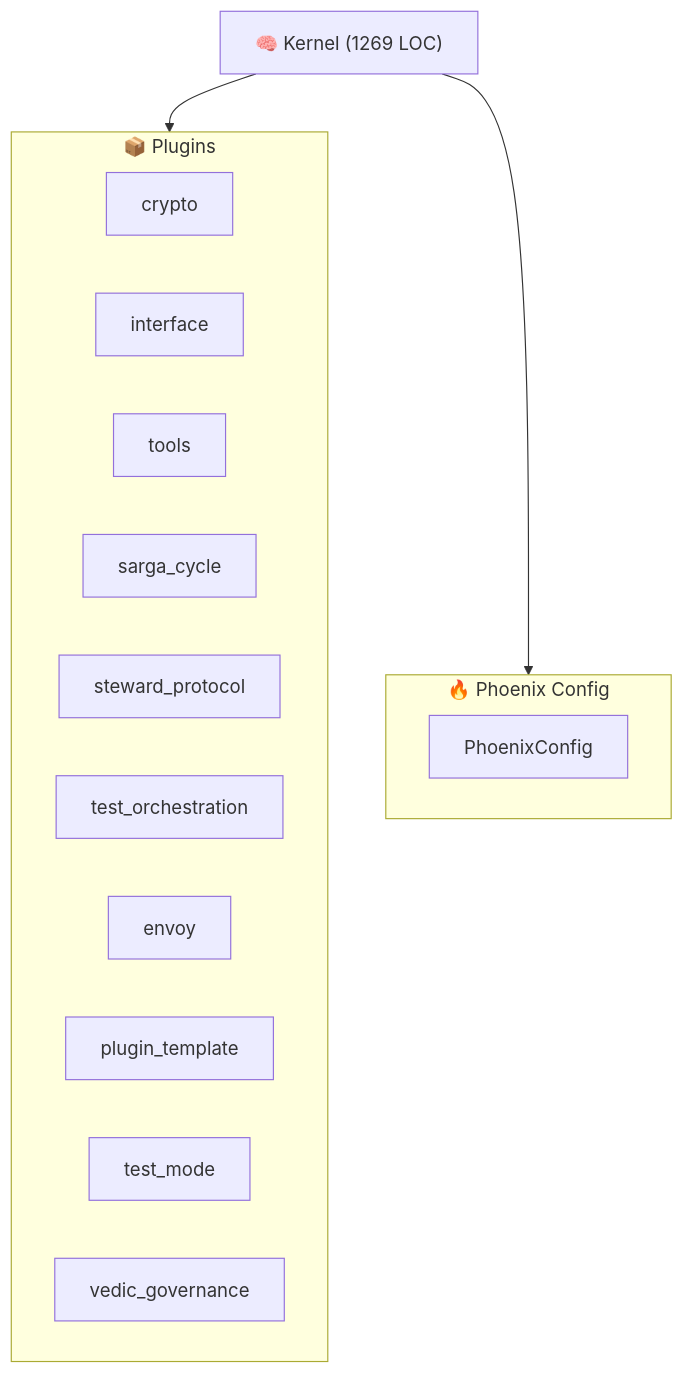
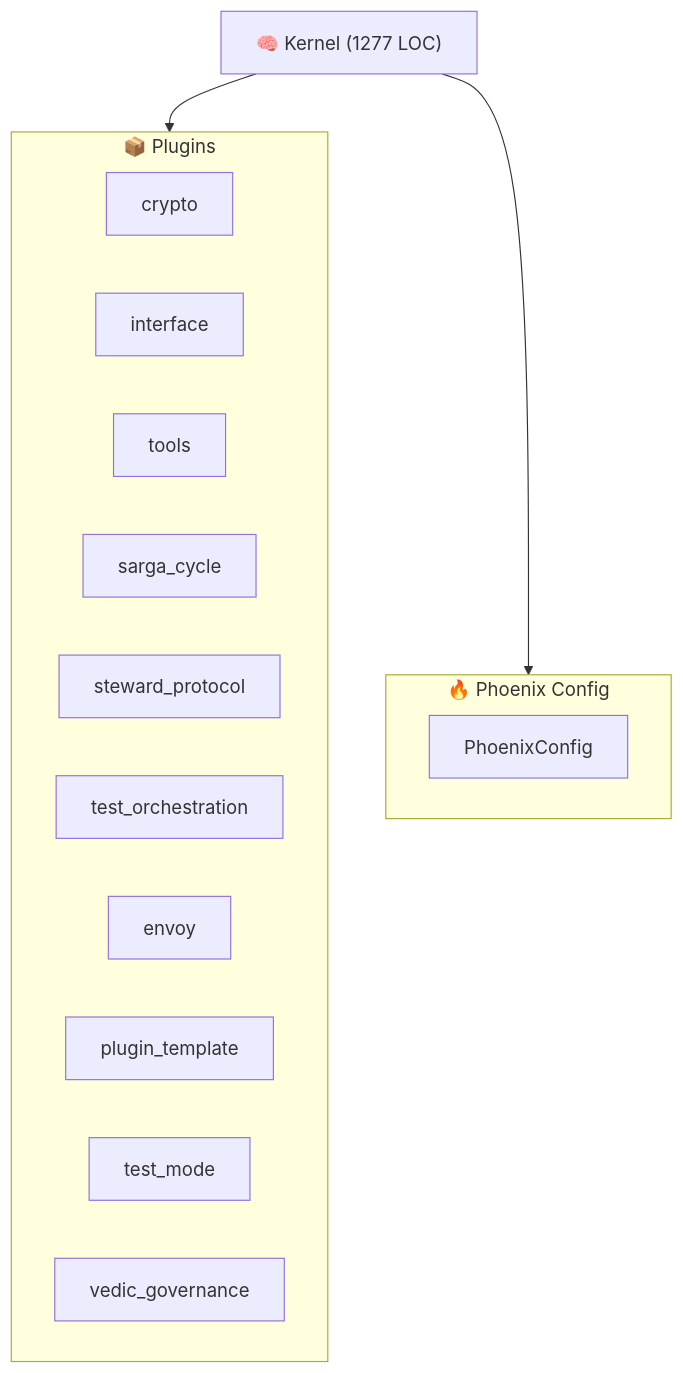
One commit to kimeisele/steward-protocol changed the diagram in ARCHITECTURE.md. Above: the diagram before and after it, drawn with Mermaid. The commit also changed other lines of this file and 13 other files, not shown here.

````diff
--- a/ARCHITECTURE.md
+++ b/ARCHITECTURE.md
@@ -9,21 +9,21 @@
 ```mermaid
 graph TB
-    K["🧠 Kernel (1269 LOC)"]
+    K["🧠 Kernel (1277 LOC)"]
     subgraph Plugins["📦 Plugins"]
         P_crypto["crypto"]
         P_interface["interface"]
         P_tools["tools"]
         P_sarga_cycle["sarga_cycle"]
         P_steward_protocol["steward_protocol"]
         P_test_orchestration["test_orchestration"]
         P_envoy["envoy"]
         P_plugin_template["plugin_template"]
         P_test_mode["test_mode"]
         P_vedic_governance["vedic_governance"]
     end
     K --> Plugins
     subgraph Config["🔥 Phoenix Config"]
         PC[PhoenixConfig]
     end
     K --> Config
 ```
````
